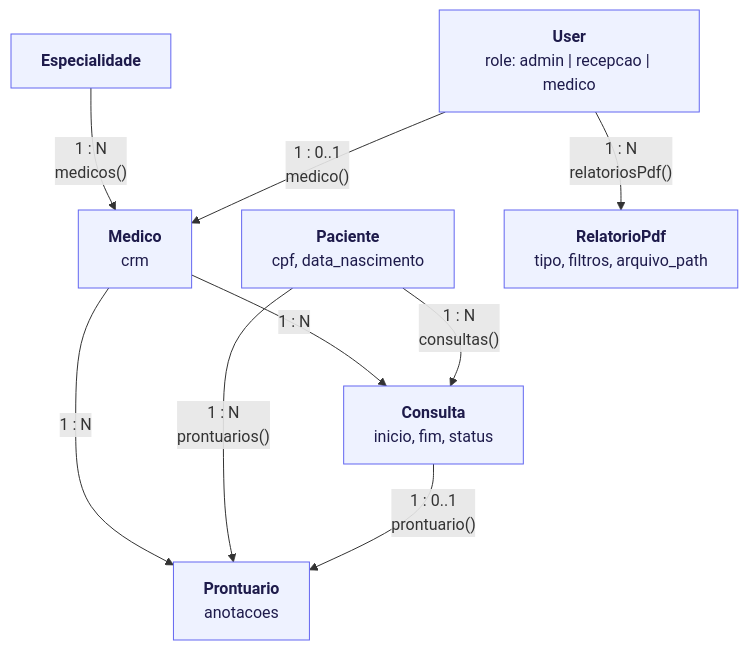
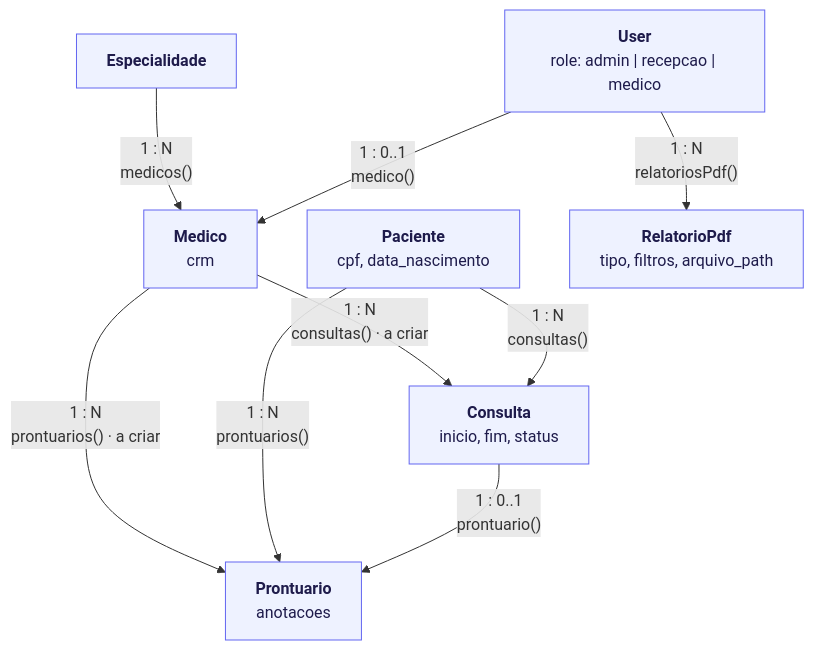
One commit to Firmino03/CliniGo changed the third of 3 diagrams in README.md. Above: the diagram before and after it, drawn with Mermaid. The commit also changed other lines of this file, not shown here.

````diff
--- a/README.md
+++ b/README.md
@@ -131,22 +217,22 @@
 ```mermaid
 flowchart TB
     User["<b>User</b><br/>role: admin | recepcao | medico"]
     Especialidade["<b>Especialidade</b>"]
     Medico["<b>Medico</b><br/>crm"]
     Paciente["<b>Paciente</b><br/>cpf, data_nascimento"]
     Consulta["<b>Consulta</b><br/>inicio, fim, status"]
     Prontuario["<b>Prontuario</b><br/>anotacoes"]
     Relatorio["<b>RelatorioPdf</b><br/>tipo, filtros, arquivo_path"]
 
     User -- "1 : 0..1<br/>medico()" --> Medico
     User -- "1 : N<br/>relatoriosPdf()" --> Relatorio
     Especialidade -- "1 : N<br/>medicos()" --> Medico
     Paciente -- "1 : N<br/>consultas()" --> Consulta
-    Medico -- "1 : N" --> Consulta
+    Medico -- "1 : N<br/>consultas() · a criar" --> Consulta
     Consulta -- "1 : 0..1<br/>prontuario()" --> Prontuario
     Paciente -- "1 : N<br/>prontuarios()" --> Prontuario
-    Medico -- "1 : N" --> Prontuario
+    Medico -- "1 : N<br/>prontuarios() · a criar" --> Prontuario
 
     classDef core fill:#eef2ff,stroke:#6366f1,color:#1e1b4b;
     class User,Especialidade,Medico,Paciente,Consulta,Prontuario,Relatorio core;
 ```
````
